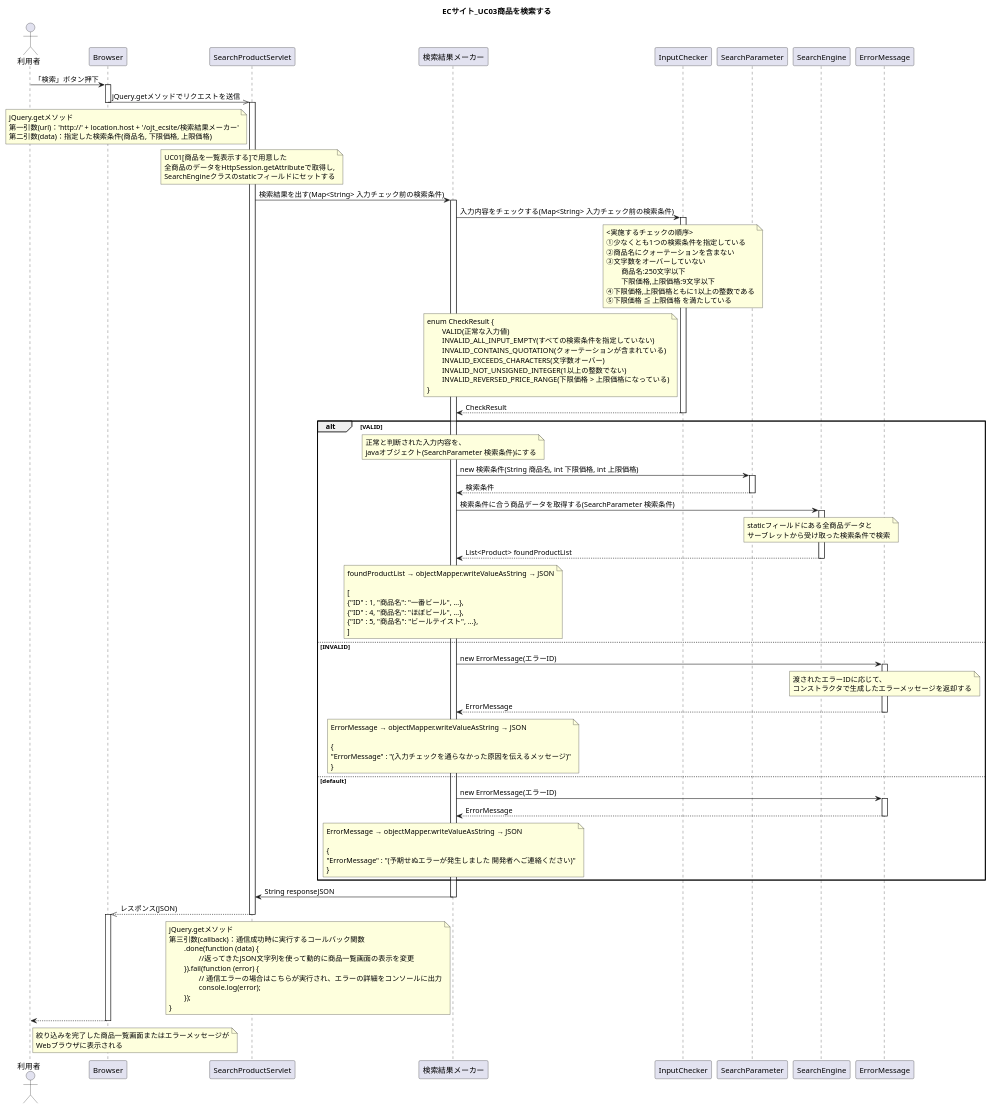
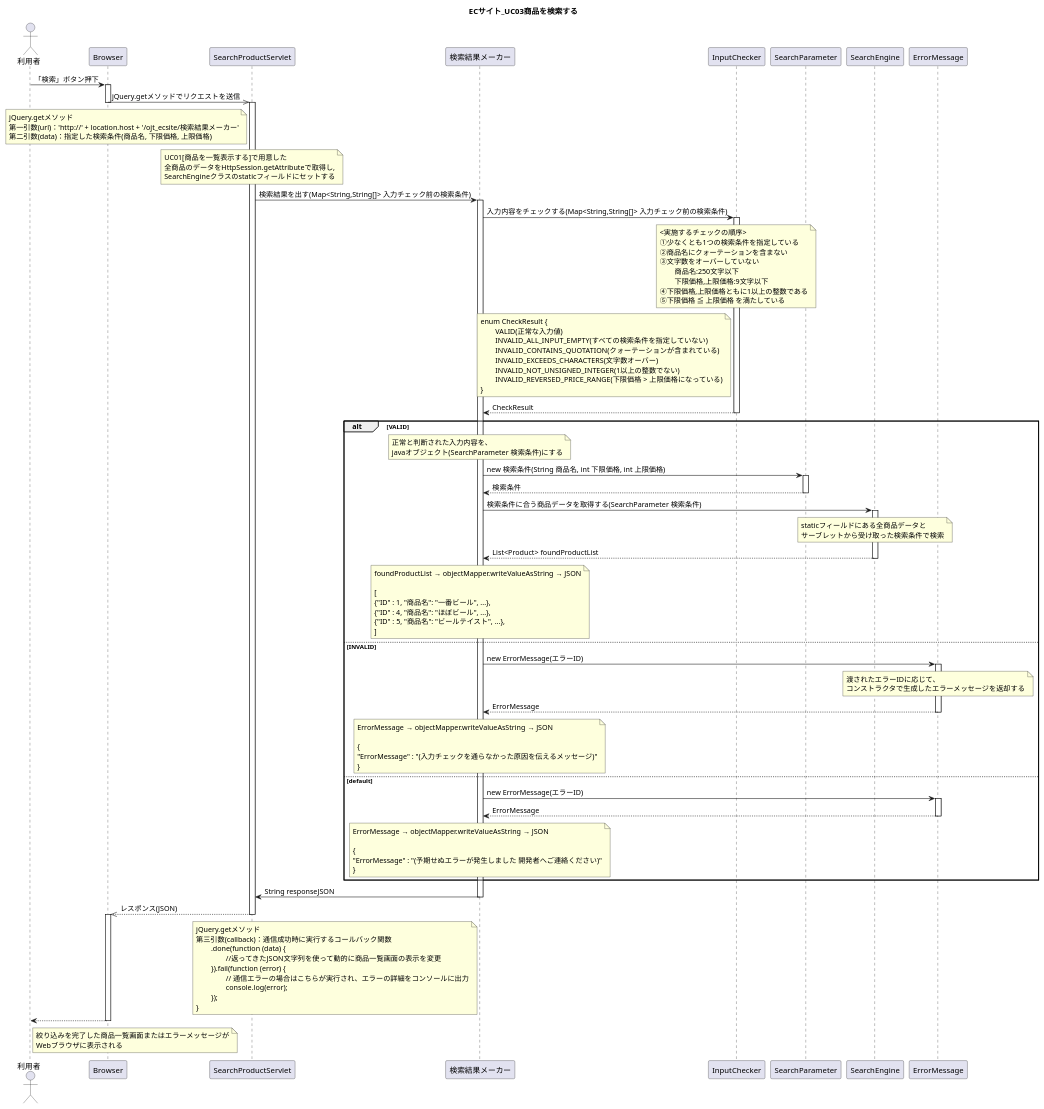
Before and after one commit to wnakayama/ojt_ecsite: the diagram in UML/Sequence03.puml, drawn with PlantUML. The commit also changed 3 other files, not shown here.

```diff
--- a/UML/Sequence03.puml
+++ b/UML/Sequence03.puml
@@ -1,155 +1,155 @@
 @startuml
 title ECサイト_UC03商品を検索する
 
 actor 利用者
 
 利用者 -> Browser : 「検索」ボタン押下
 activate Browser
 
 Browser ->> SearchProductServlet : jQuery.getメソッドでリクエストを送信
 deactivate Browser
 activate SearchProductServlet
 
 	note left of SearchProductServlet
 	jQuery.getメソッド
 	第一引数(url)：'http://' + location.host + '/ojt_ecsite/検索結果メーカー'
 	第二引数(data)：指定した検索条件(商品名, 下限価格, 上限価格)
 	end note
 
 	note over SearchProductServlet
 	UC01[商品を一覧表示する]で用意した
 	全商品のデータをHttpSession.getAttributeで取得し,
 	SearchEngineクラスのstaticフィールドにセットする
 	end note
 	
-SearchProductServlet -> 検索結果メーカー : 検索結果を出す(Map<String> 入力チェック前の検索条件)
+SearchProductServlet -> 検索結果メーカー : 検索結果を出す(Map<String,String[]> 入力チェック前の検索条件)
 activate 検索結果メーカー
 
-検索結果メーカー -> InputChecker : 入力内容をチェックする(Map<String> 入力チェック前の検索条件)
+検索結果メーカー -> InputChecker : 入力内容をチェックする(Map<String,String[]> 入力チェック前の検索条件)
 activate InputChecker
 
 	note over InputChecker
 	<実施するチェックの順序>
 	①少なくとも1つの検索条件を指定している
 	②商品名にクォーテーションを含まない
 	③文字数をオーバーしていない
 		商品名:250文字以下
 		下限価格,上限価格:9文字以下
 	④下限価格,上限価格ともに1以上の整数である
 	⑤下限価格 ≦ 上限価格 を満たしている
 	end note
 
 	note left of InputChecker 
 	enum CheckResult {
 		VALID(正常な入力値)
 		INVALID_ALL_INPUT_EMPTY(すべての検索条件を指定していない)
 		INVALID_CONTAINS_QUOTATION(クォーテーションが含まれている)
 		INVALID_EXCEEDS_CHARACTERS(文字数オーバー)
 		INVALID_NOT_UNSIGNED_INTEGER(1以上の整数でない)
 		INVALID_REVERSED_PRICE_RANGE(下限価格 > 上限価格になっている)
 	}
 	end note
 
 検索結果メーカー <-- InputChecker : CheckResult
 deactivate InputChecker
 
 
 alt VALID
 	
 	note over 検索結果メーカー
 	正常と判断された入力内容を、
 	javaオブジェクト(SearchParameter 検索条件)にする
 	end note
 
 検索結果メーカー -> SearchParameter : new 検索条件(String 商品名, int 下限価格, int 上限価格)
 activate SearchParameter
 検索結果メーカー <-- SearchParameter : 検索条件
 deactivate SearchParameter
 
 検索結果メーカー -> SearchEngine : 検索条件に合う商品データを取得する(SearchParameter 検索条件)
 activate SearchEngine
 
 	note over SearchEngine
 	staticフィールドにある全商品データと
 	サーブレットから受け取った検索条件で検索
 	end note
 
 検索結果メーカー <-- SearchEngine : List<Product> foundProductList
 deactivate SearchEngine
 
 	note over 検索結果メーカー
 	foundProductList → objectMapper.writeValueAsString → JSON
 
 	[
 	{"ID" : 1, "商品名": "一番ビール", ...},
 	{"ID" : 4, "商品名": "ほぼビール", ...},
 	{"ID" : 5, "商品名": "ビールテイスト", ...},
 	]
 	end note
 
 else INVALID
 
 検索結果メーカー -> ErrorMessage : new ErrorMessage(エラーID)
 activate ErrorMessage
 
 	note over ErrorMessage
 	渡されたエラーIDに応じて、
 	コンストラクタで生成したエラーメッセージを返却する
 	end note
 
 検索結果メーカー <-- ErrorMessage : ErrorMessage
 deactivate ErrorMessage
 
 	note over 検索結果メーカー
 	ErrorMessage → objectMapper.writeValueAsString → JSON
 
 	{
 	"ErrorMessage" : "(入力チェックを通らなかった原因を伝えるメッセージ)"
 	}
 	end note
 
 else default
 
 検索結果メーカー -> ErrorMessage : new ErrorMessage(エラーID)
 activate ErrorMessage
 検索結果メーカー <-- ErrorMessage : ErrorMessage
 deactivate ErrorMessage
 
 	note over 検索結果メーカー
 	ErrorMessage → objectMapper.writeValueAsString → JSON
 
 	{
 	"ErrorMessage" : "(予期せぬエラーが発生しました 開発者へご連絡ください)"
 	}
 	end note
 
 end
 
 SearchProductServlet <- 検索結果メーカー : String responseJSON
 deactivate 検索結果メーカー
 Browser <<-- SearchProductServlet : レスポンス(JSON)
 deactivate SearchProductServlet
 activate Browser
 
 	note left of 検索結果メーカー
 	jQuery.getメソッド
 	第三引数(callback)：通信成功時に実行するコールバック関数
 		.done(function (data) {
 			//返ってきたJSON文字列を使って動的に商品一覧画面の表示を変更
 		}).fail(function (error) {
 			// 通信エラーの場合はこちらが実行され、エラーの詳細をコンソールに出力
 			console.log(error);
 		});
 	}
 	end note
 
 
 利用者 <-- Browser
 	note right of 利用者
 	絞り込みを完了した商品一覧画面またはエラーメッセージが
 	Webブラウザに表示される
 	end note
 
 deactivate Browser
 
 @enduml
```
